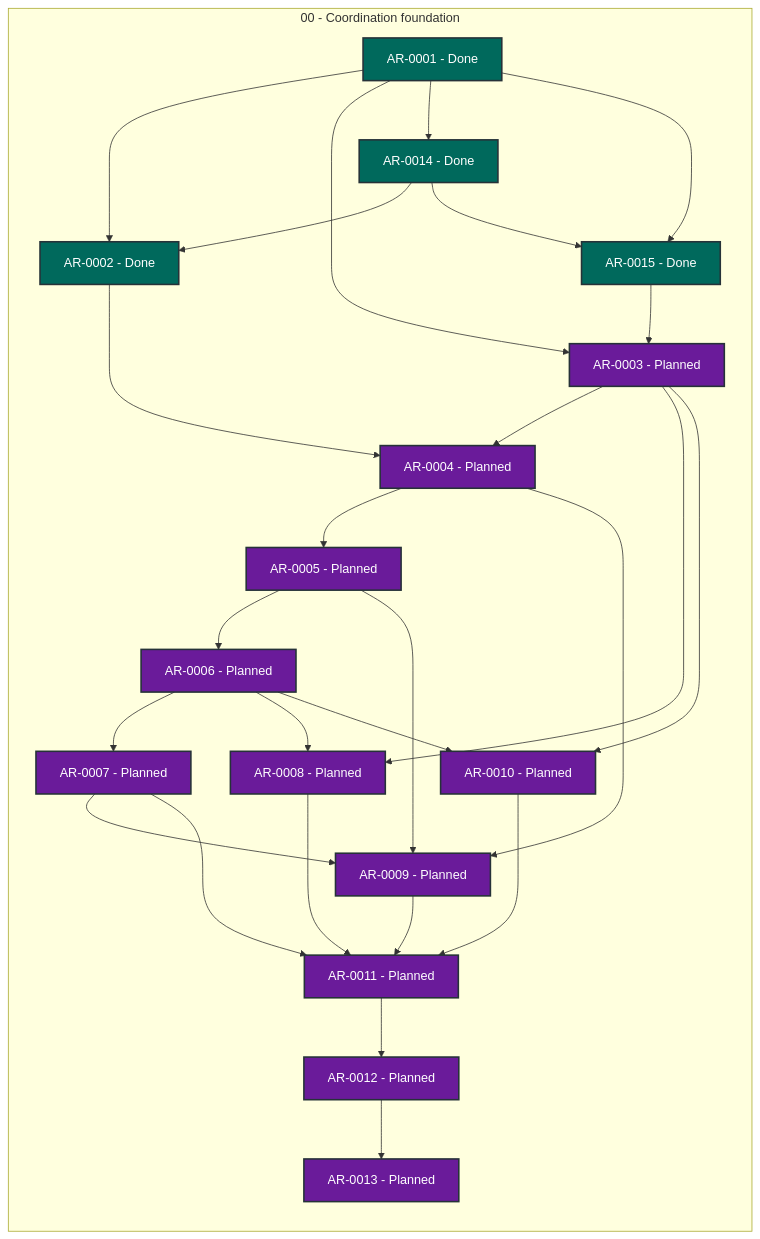
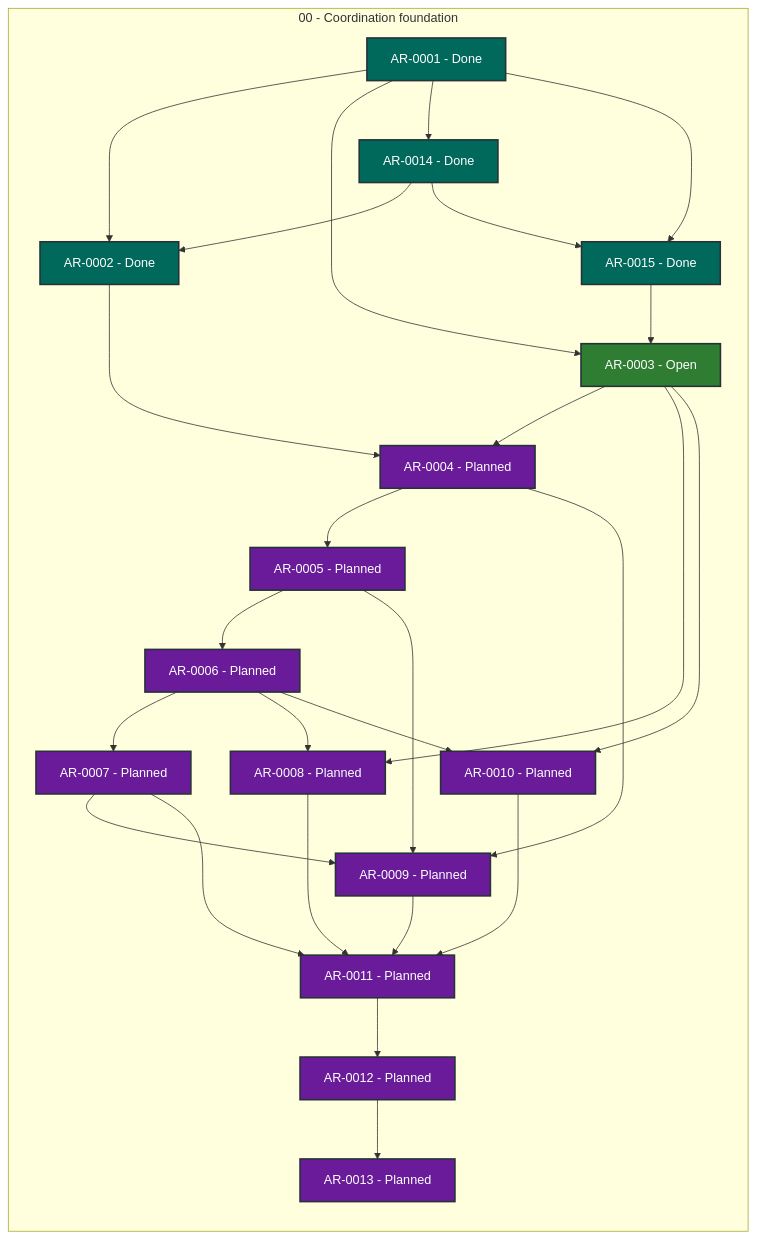
Before and after one commit to martin-beck/agent-workflow-tui-state: the diagram in STATUS.md, drawn with Mermaid. The commit also changed other lines of this file and 2 other files, not shown here.

````diff
--- a/STATUS.md
+++ b/STATUS.md
@@ -27,54 +27,54 @@
 ```mermaid
 flowchart LR
     subgraph series_00["00 - Coordination foundation"]
         direction TB
         AR_0001["AR-0001 - Done"]:::status_done
         AR_0002["AR-0002 - Done"]:::status_done
-        AR_0003["AR-0003 - Planned"]:::status_planned
+        AR_0003["AR-0003 - Open"]:::status_open
         AR_0004["AR-0004 - Planned"]:::status_planned
         AR_0005["AR-0005 - Planned"]:::status_planned
         AR_0006["AR-0006 - Planned"]:::status_planned
         AR_0007["AR-0007 - Planned"]:::status_planned
         AR_0008["AR-0008 - Planned"]:::status_planned
         AR_0009["AR-0009 - Planned"]:::status_planned
         AR_0010["AR-0010 - Planned"]:::status_planned
         AR_0011["AR-0011 - Planned"]:::status_planned
         AR_0012["AR-0012 - Planned"]:::status_planned
         AR_0013["AR-0013 - Planned"]:::status_planned
         AR_0014["AR-0014 - Done"]:::status_done
         AR_0015["AR-0015 - Done"]:::status_done
     end
     AR_0001 --> AR_0002
     AR_0001 --> AR_0003
     AR_0001 --> AR_0014
     AR_0001 --> AR_0015
     AR_0002 --> AR_0004
     AR_0003 --> AR_0004
     AR_0003 --> AR_0008
     AR_0003 --> AR_0010
     AR_0004 --> AR_0005
     AR_0004 --> AR_0009
     AR_0005 --> AR_0006
     AR_0005 --> AR_0009
     AR_0006 --> AR_0007
     AR_0006 --> AR_0008
     AR_0006 --> AR_0010
     AR_0007 --> AR_0009
     AR_0007 --> AR_0011
     AR_0008 --> AR_0011
     AR_0009 --> AR_0011
     AR_0010 --> AR_0011
     AR_0011 --> AR_0012
     AR_0012 --> AR_0013
     AR_0014 --> AR_0002
     AR_0014 --> AR_0015
     AR_0015 --> AR_0003
     classDef status_in_progress fill:#1565c0,color:#ffffff,stroke:#263238,stroke-width:2px
     classDef status_open fill:#2e7d32,color:#ffffff,stroke:#263238,stroke-width:2px
     classDef status_blocked fill:#c62828,color:#ffffff,stroke:#263238,stroke-width:2px
     classDef status_planned fill:#6a1b9a,color:#ffffff,stroke:#263238,stroke-width:2px
     classDef status_future fill:#455a64,color:#ffffff,stroke:#263238,stroke-width:2px
     classDef status_done fill:#00695c,color:#ffffff,stroke:#263238,stroke-width:2px
     classDef status_cancelled fill:#616161,color:#ffffff,stroke:#263238,stroke-width:2px
     classDef status_superseded fill:#5d4037,color:#ffffff,stroke:#263238,stroke-width:2px
 ```
````
